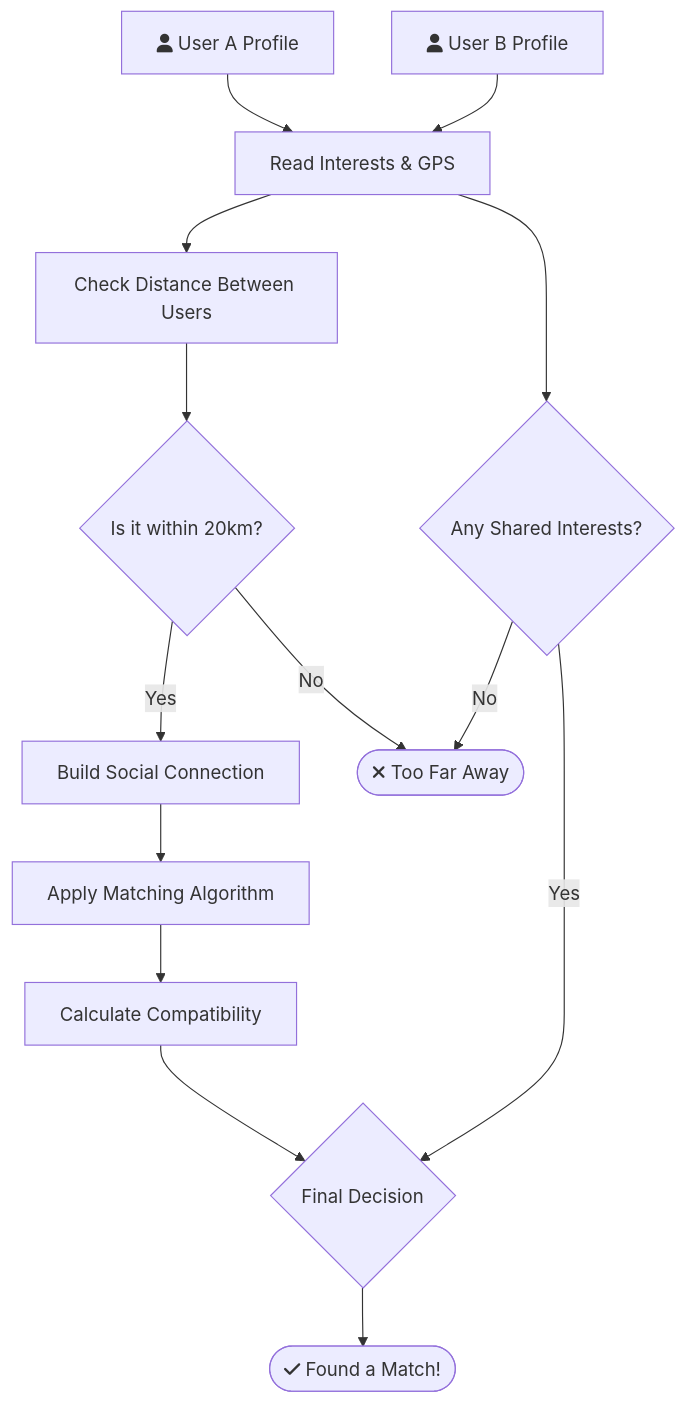
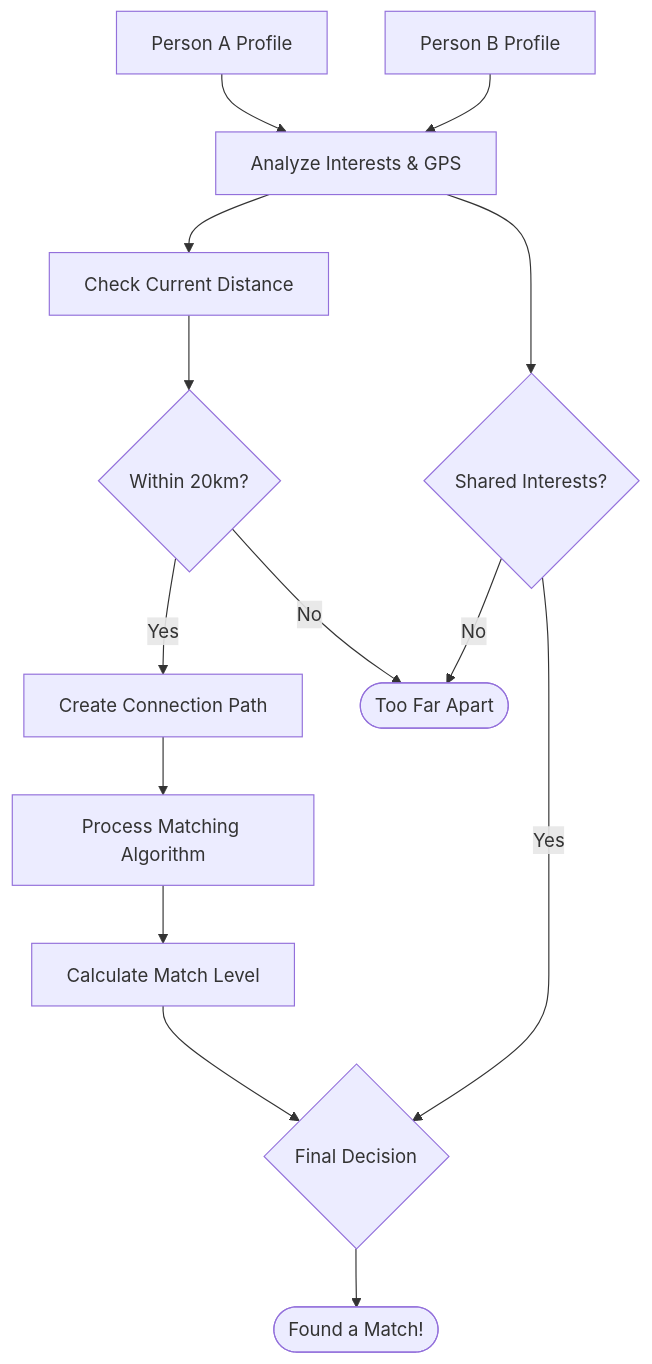
The fourth of 8 diagrams in docs/DIAGRAMS.md (Akash-Veerla/Demographic), drawn with Mermaid before and after one commit. The commit also changed other lines of this file, not shown here.

Commit message:
Diagrams update reflecting system update

````diff
--- a/docs/DIAGRAMS.md
+++ b/docs/DIAGRAMS.md
@@ -113,21 +112,21 @@
 ```mermaid
 graph TD
-    U1["fa:fa-user User A Profile"] --> Data["Read Interests & GPS"]
-    U2["fa:fa-user User B Profile"] --> Data
+    U1[Person A Profile] --> Data[Analyze Interests & GPS]
+    U2[Person B Profile] --> Data
     
-    Data --> Dist["Check Distance Between Users"]
-    Dist --> Nearby{Is it within 20km?}
+    Data --> Distance[Check Current Distance]
+    Distance --> Range{Within 20km?}
     
-    Nearby -- "Yes" --> Edge["Build Social Connection"]
-    Nearby -- "No" --> NoMatch([fa:fa-times Too Far Away])
+    Range -- "Yes" --> Link[Create Connection Path]
+    Range -- "No" --> NoMatch([Too Far Apart])
     
-    Edge --> GNN["Apply Matching Algorithm"]
-    GNN --> Embed["Calculate Compatibility"]
-    Embed --> ResultLogic{Final Decision}
+    Link --> Algorithm[Process Matching Algorithm]
+    Algorithm --> Score[Calculate Match Level]
+    Score --> Logic{Final Decision}
     
-    Data --> Shared{Any Shared Interests?}
-    Shared -- "Yes" --> ResultLogic
-    Shared -- "No" --> NoMatch
+    Data --> Common{Shared Interests?}
+    Common -- "Yes" --> Logic
+    Common -- "No" --> NoMatch
     
-    ResultLogic --> Match([fa:fa-check Found a Match!])
+    Logic --> Match([Found a Match!])
 ```
````
